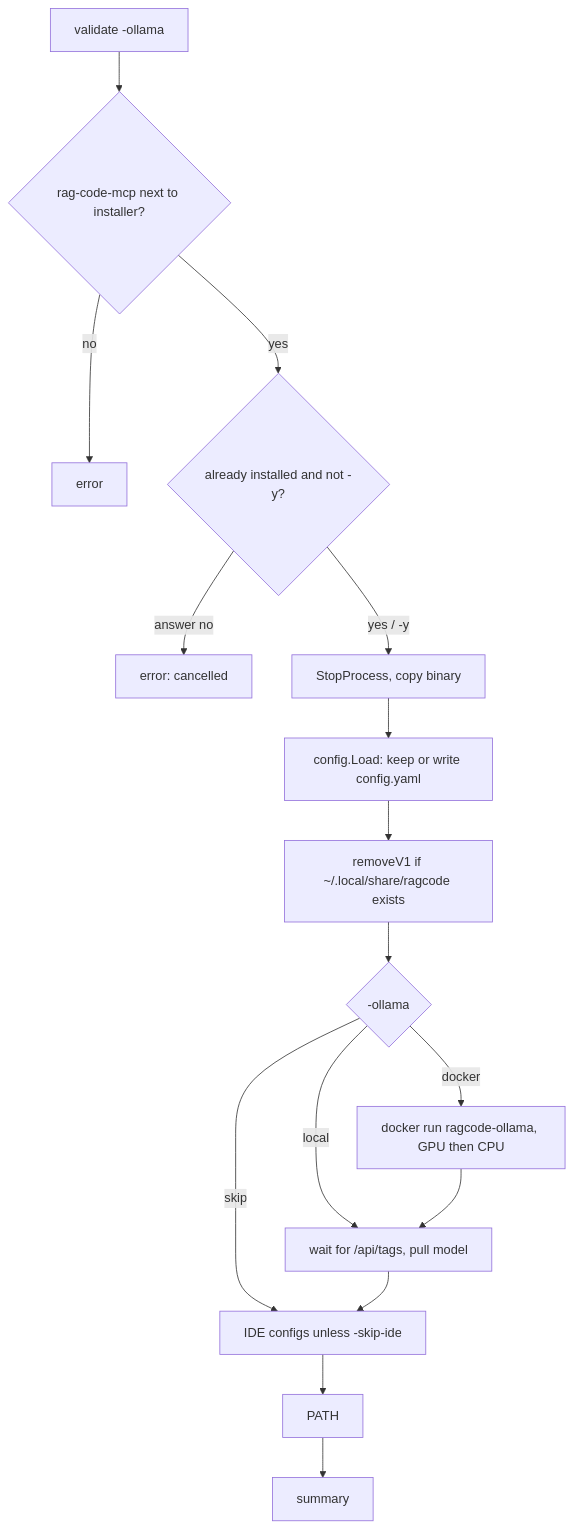
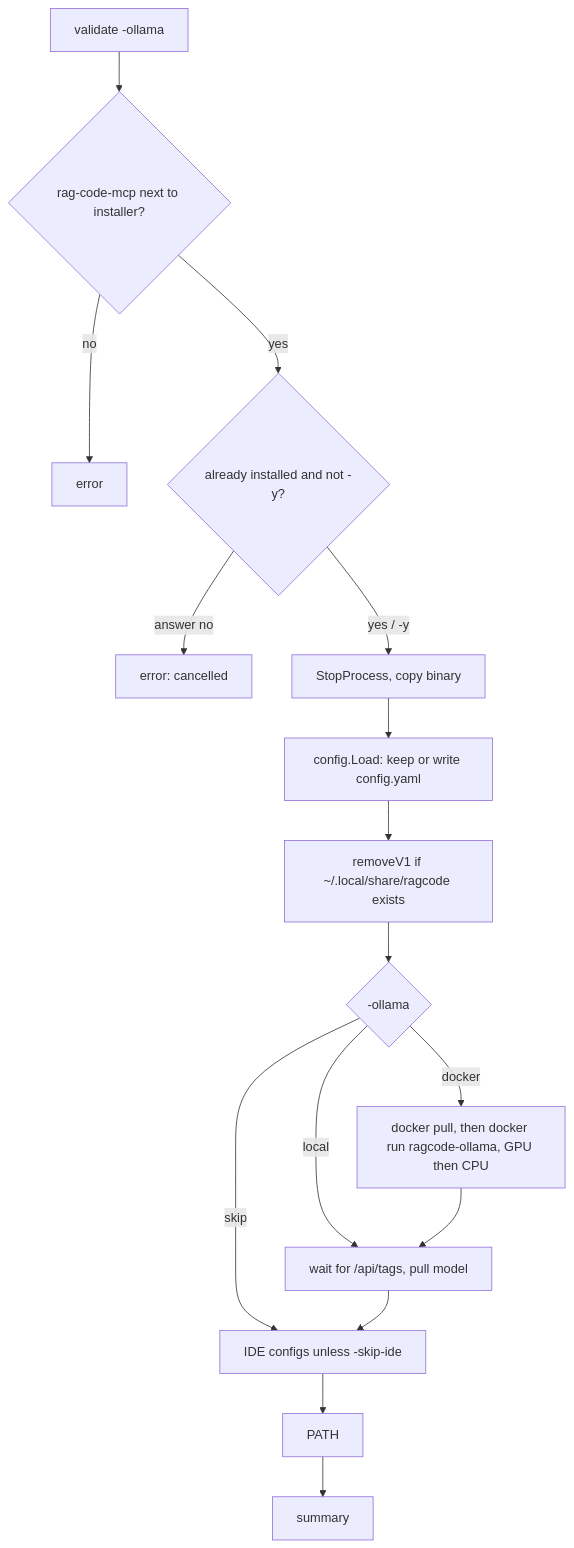
One commit to doITmagic/rag-code-mcp changed the second of 2 diagrams in internal/install/README.md. Above: the diagram before and after it, drawn with Mermaid. The commit also changed other lines of this file and 2 other files, not shown here.

First line of the commit message:
fix(install): pull the Ollama image before starting the container

````diff
--- a/internal/install/README.md
+++ b/internal/install/README.md
@@ -83,18 +83,18 @@
 ```mermaid
 flowchart TD
     A[validate -ollama] --> B{rag-code-mcp next to installer?}
     B -- no --> X[error]
     B -- yes --> C{already installed and not -y?}
     C -- answer no --> Y[error: cancelled]
     C -- yes / -y --> E[StopProcess, copy binary]
     E --> F[config.Load: keep or write config.yaml]
     F --> D[removeV1 if ~/.local/share/ragcode exists]
     D --> G{-ollama}
-    G -- docker --> H[docker run ragcode-ollama, GPU then CPU]
+    G -- docker --> H[docker pull, then docker run ragcode-ollama, GPU then CPU]
     G -- local --> I
     H --> I[wait for /api/tags, pull model]
     G -- skip --> J
     I --> J[IDE configs unless -skip-ide]
     J --> K[PATH]
     K --> L[summary]
 ```
````
